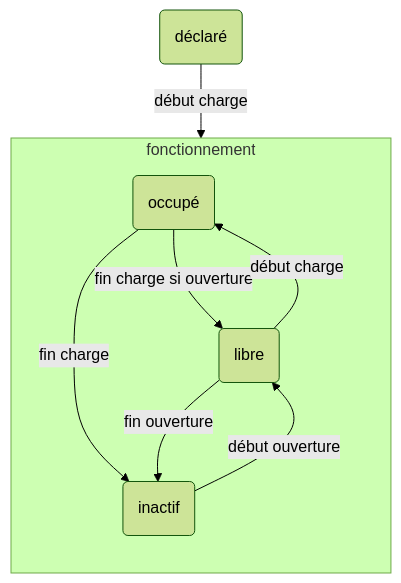
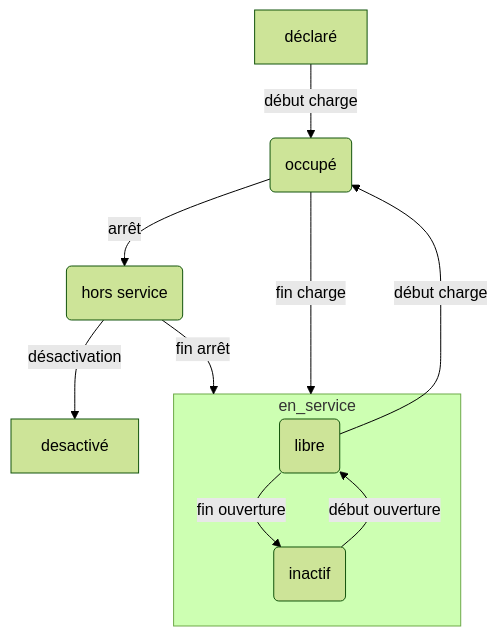
The first of 2 diagrams in indicateurs/files/etats.md (loco-philippe/IRVE), drawn with Mermaid (forest theme) before and after one commit. The commit also changed other lines of this file, not shown here.

````diff
--- a/indicateurs/files/etats.md
+++ b/indicateurs/files/etats.md
@@ -14,12 +14,13 @@
 ```{mermaid}
 flowchart TB
-    init(déclaré) -->|début charge| occ(occupé)   
-    subgraph fonctionnement
-        direction TB
-        occ --> |fin charge si ouverture| lib(libre)
-        occ --> |fin charge| ina(inactif)
-        ina -->|début ouverture| lib
-        lib -->|fin ouverture| ina
-    end    
+    déclaré -->|début charge| occ(occupé)   
+    occ --> |fin charge| en_service
     lib -->|début charge| occ 
+    subgraph en_service
+        lib(libre) -->|fin ouverture| ina
+        ina(inactif) -->|début ouverture| lib
+    end  
+    arr(hors service) -->|fin arrêt| en_service
+    occ -->|arrêt| arr
+    arr -->|désactivation| desactivé 
 ```
````
